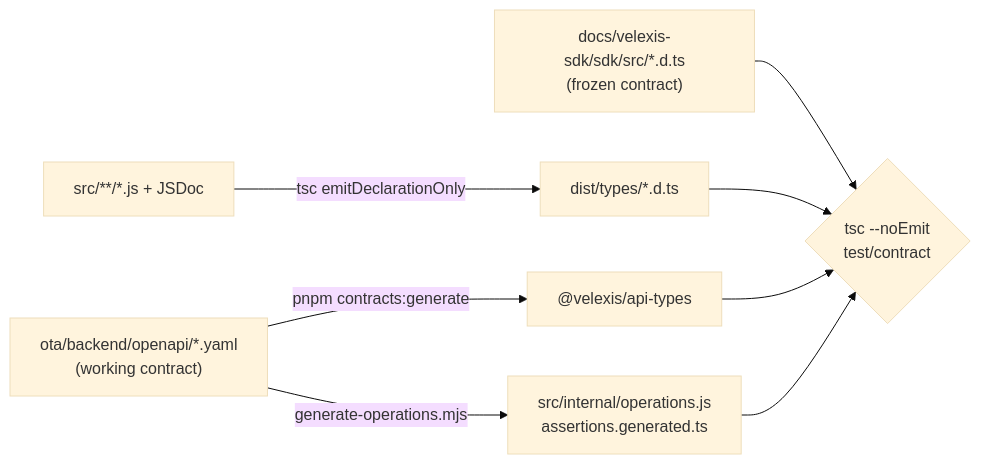
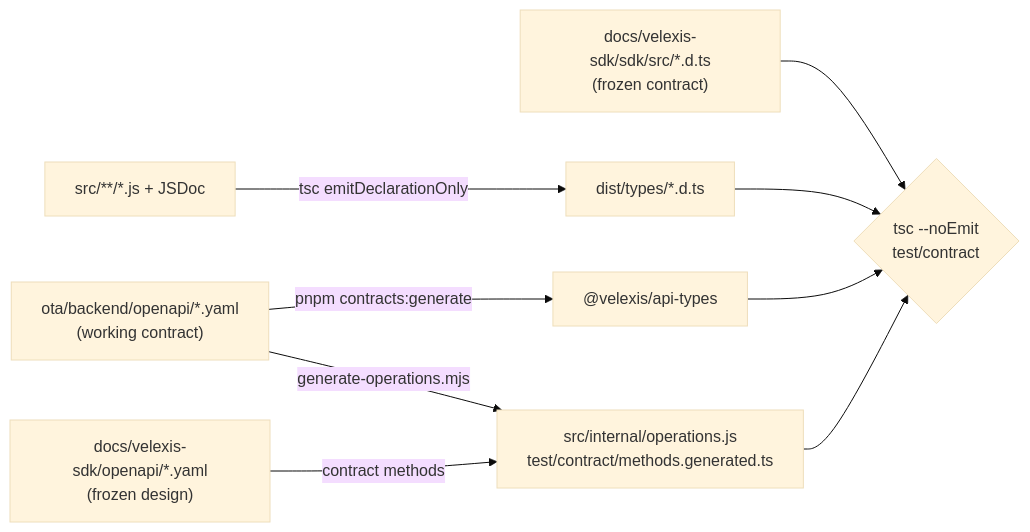
The diagram in ota/sdk/docs/types-and-builds.md (bhagwati-prasad/velexis-ota), drawn with Mermaid (base theme) before and after one commit. The commit also changed other lines of this file and 12 other files, not shown here.

````diff
--- a/ota/sdk/docs/types-and-builds.md
+++ b/ota/sdk/docs/types-and-builds.md
@@ -72,10 +72,11 @@
 ```mermaid
 flowchart LR
   OA["ota/backend/openapi/*.yaml<br/>(working contract)"] -->|pnpm contracts:generate| AT["@velexis/api-types"]
-  OA -->|generate-operations.mjs| OPS["src/internal/operations.js<br/>assertions.generated.ts"]
+  OA -->|generate-operations.mjs| OPS["src/internal/operations.js<br/>test/contract/methods.generated.ts"]
+  FD["docs/velexis-sdk/openapi/*.yaml<br/>(frozen design)"] -->|contract methods| OPS
   SRC["src/**/*.js + JSDoc"] -->|tsc emitDeclarationOnly| DTS["dist/types/*.d.ts"]
   C["docs/velexis-sdk/sdk/src/*.d.ts<br/>(frozen contract)"] --> T{"tsc --noEmit<br/>test/contract"}
   DTS --> T
   AT --> T
   OPS --> T
 ```
````
